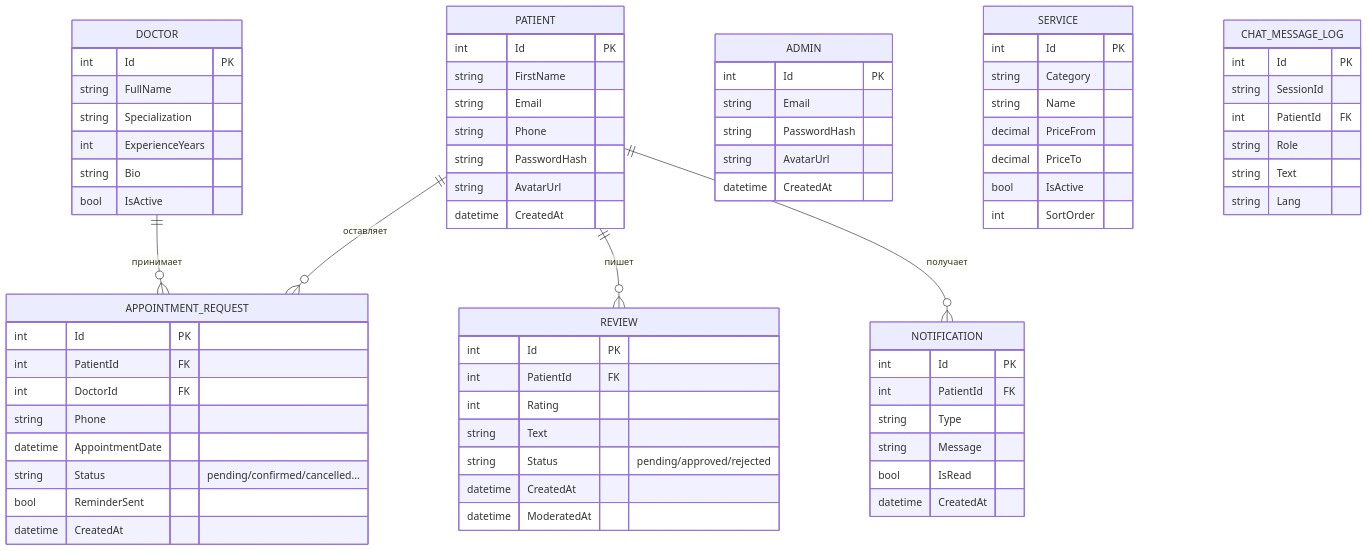
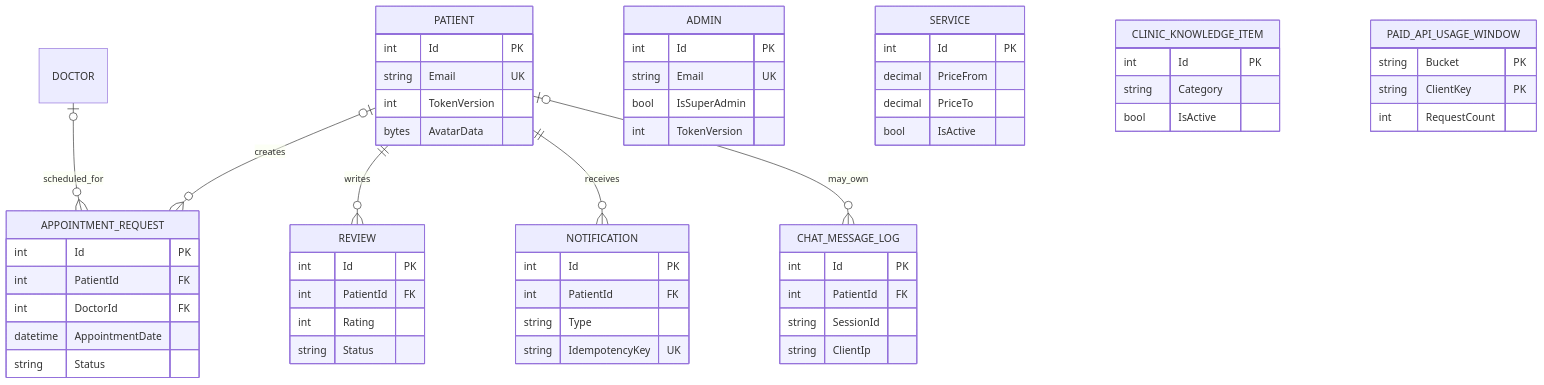
Before and after one commit to ViolettaNcl/DentalClinic: the fourth of 4 diagrams in docs/ARCHITECTURE.md, drawn with Mermaid. The commit also changed other lines of this file and 37 other files, not shown here.

````diff
--- a/docs/ARCHITECTURE.md
+++ b/docs/ARCHITECTURE.md
@@ -79,76 +140,61 @@
 ```mermaid
 erDiagram
-    PATIENT ||--o{ APPOINTMENT_REQUEST : "оставляет"
-    PATIENT ||--o{ REVIEW : "пишет"
-    PATIENT ||--o{ NOTIFICATION : "получает"
-    DOCTOR  ||--o{ APPOINTMENT_REQUEST : "принимает"
-
+    PATIENT |o--o{ APPOINTMENT_REQUEST : creates
+    PATIENT ||--o{ REVIEW : writes
+    PATIENT ||--o{ NOTIFICATION : receives
+    PATIENT |o--o{ CHAT_MESSAGE_LOG : may_own
+    DOCTOR |o--o{ APPOINTMENT_REQUEST : scheduled_for
     PATIENT {
         int Id PK
-        string FirstName
-        string Email
-        string Phone
-        string PasswordHash
-        string AvatarUrl
-        datetime CreatedAt
+        string Email UK
+        int TokenVersion
+        bytes AvatarData
     }
     ADMIN {
         int Id PK
-        string Email
-        string PasswordHash
-        string AvatarUrl
-        datetime CreatedAt
-    }
-    DOCTOR {
-        int Id PK
-        string FullName
-        string Specialization
-        int ExperienceYears
-        string Bio
-        bool IsActive
+        string Email UK
+        bool IsSuperAdmin
+        int TokenVersion
     }
     APPOINTMENT_REQUEST {
         int Id PK
         int PatientId FK
         int DoctorId FK
-        string Phone
         datetime AppointmentDate
-        string Status "pending/confirmed/cancelled..."
-        bool ReminderSent
-        datetime CreatedAt
-    }
-    SERVICE {
-        int Id PK
-        string Category
-        string Name
-        decimal PriceFrom
-        decimal PriceTo
-        bool IsActive
-        int SortOrder
+        string Status
     }
     REVIEW {
         int Id PK
         int PatientId FK
         int Rating
-        string Text
-        string Status "pending/approved/rejected"
-        datetime CreatedAt
-        datetime ModeratedAt
+        string Status
     }
     NOTIFICATION {
         int Id PK
         int PatientId FK
         string Type
-        string Message
-        bool IsRead
-        datetime CreatedAt
+        string IdempotencyKey UK
     }
     CHAT_MESSAGE_LOG {
         int Id PK
+        int PatientId FK
         string SessionId
-        int PatientId FK
-        string Role
-        string Text
-        string Lang
+        string ClientIp
+    }
+    SERVICE {
+        int Id PK
+        decimal PriceFrom
+        decimal PriceTo
+        bool IsActive
+    }
+    CLINIC_KNOWLEDGE_ITEM {
+        int Id PK
+        string Category
+        bool IsActive
+    }
+    PAID_API_USAGE_WINDOW {
+        string Bucket PK
+        string ClientKey PK
+        int RequestCount
     }
 ```
````
